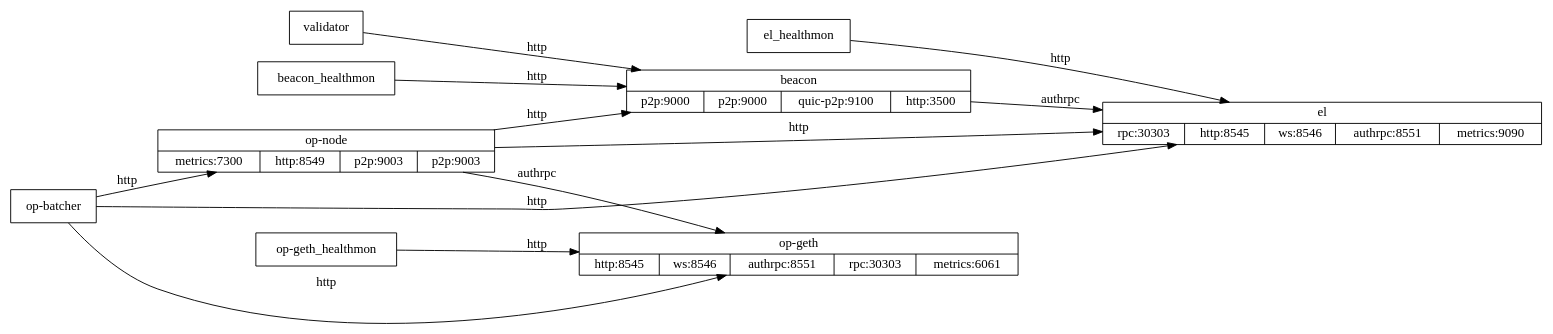
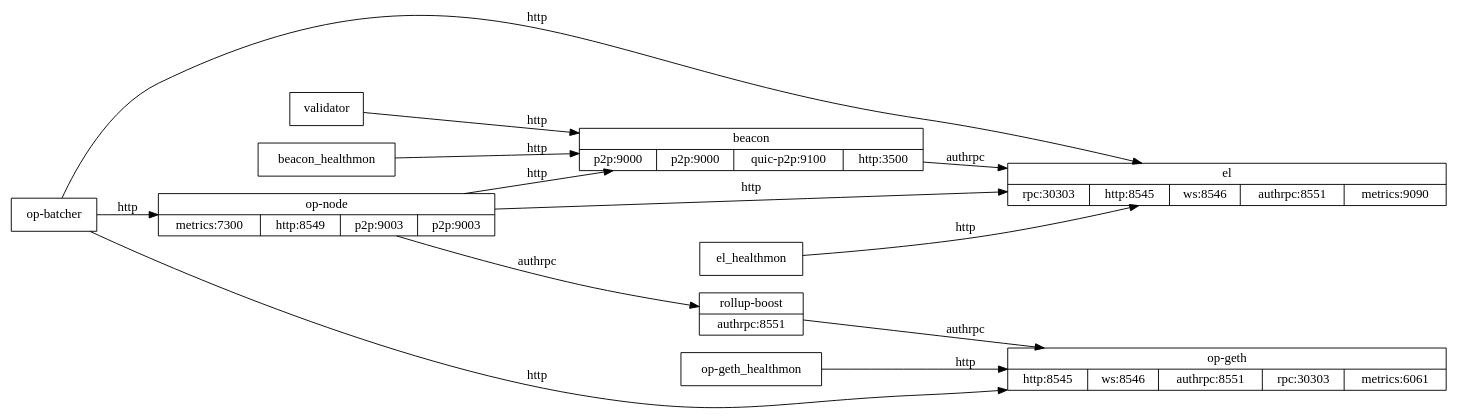
Before and after one commit to cbarbieru/l2-censorship-mitigation-lab: the diagram in storage/graph.dot, drawn with Graphviz. The commit also changed 12 other files, not shown here.

```diff
--- a/storage/graph.dot
+++ b/storage/graph.dot
@@ -1,26 +1,28 @@
 digraph G {
   rankdir=LR;
   node [shape=record];
 
   el [label="el|{rpc:30303|http:8545|ws:8546|authrpc:8551|metrics:9090}"];
   el_healthmon [label="el_healthmon"];
   beacon [label="beacon|{p2p:9000|p2p:9000|quic-p2p:9100|http:3500}"];
   beacon_healthmon [label="beacon_healthmon"];
   validator [label="validator"];
   op_geth [label="op-geth|{http:8545|ws:8546|authrpc:8551|rpc:30303|metrics:6061}"];
   op_geth_healthmon [label="op-geth_healthmon"];
+  rollup_boost [label="rollup-boost|{authrpc:8551}"];
   op_node [label="op-node|{metrics:7300|http:8549|p2p:9003|p2p:9003}"];
   op_batcher [label="op-batcher"];
 
   el_healthmon -> el [label="http"];
   beacon -> el [label="authrpc"];
   beacon_healthmon -> beacon [label="http"];
   validator -> beacon [label="http"];
   op_geth_healthmon -> op_geth [label="http"];
+  rollup_boost -> op_geth [label="authrpc"];
   op_node -> el [label="http"];
   op_node -> beacon [label="http"];
-  op_node -> op_geth [label="authrpc"];
+  op_node -> rollup_boost [label="authrpc"];
   op_batcher -> el [label="http"];
   op_batcher -> op_geth [label="http"];
   op_batcher -> op_node [label="http"];
 }
```
